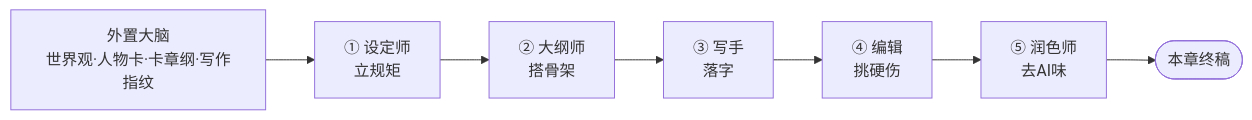
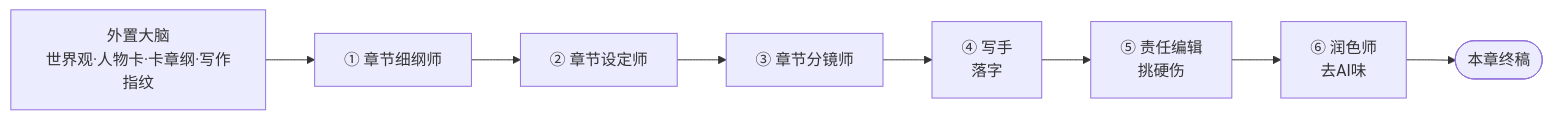
One commit to Twins2One/loom-mux changed the second of 4 diagrams in README.md. Above: the diagram before and after it, drawn with Mermaid. The commit also changed other lines of this file and 2 other files, not shown here.

````diff
--- a/README.md
+++ b/README.md
@@ -36,5 +50,5 @@
 ```mermaid
 flowchart LR
-  B["外置大脑<br/>世界观·人物卡·卡章纲·写作指纹"] --> S["① 设定师<br/>立规矩"]
-  S --> O["② 大纲师<br/>搭骨架"] --> W["③ 写手<br/>落字"] --> E["④ 编辑<br/>挑硬伤"] --> P["⑤ 润色师<br/>去AI味"] --> C(["本章终稿"])
+  B["外置大脑<br/>世界观·人物卡·卡章纲·写作指纹"] --> S1["① 章节细纲师"]
+  S1 --> S2["② 章节设定师"] --> S3["③ 章节分镜师"] --> W["④ 写手<br/>落字"] --> E["⑤ 责任编辑<br/>挑硬伤"] --> P2["⑥ 润色师<br/>去AI味"] --> C(["本章终稿"])
 ```
````
